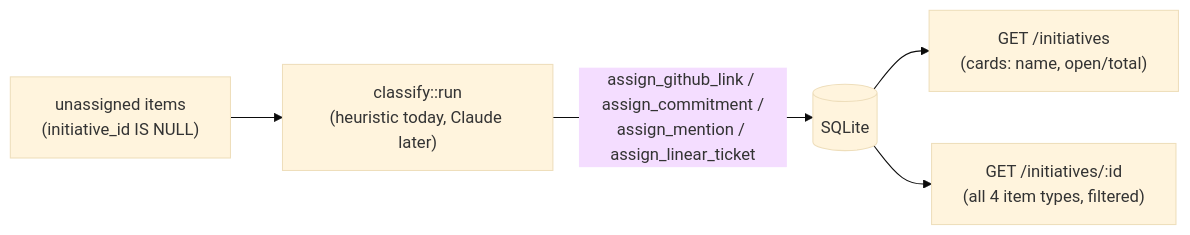
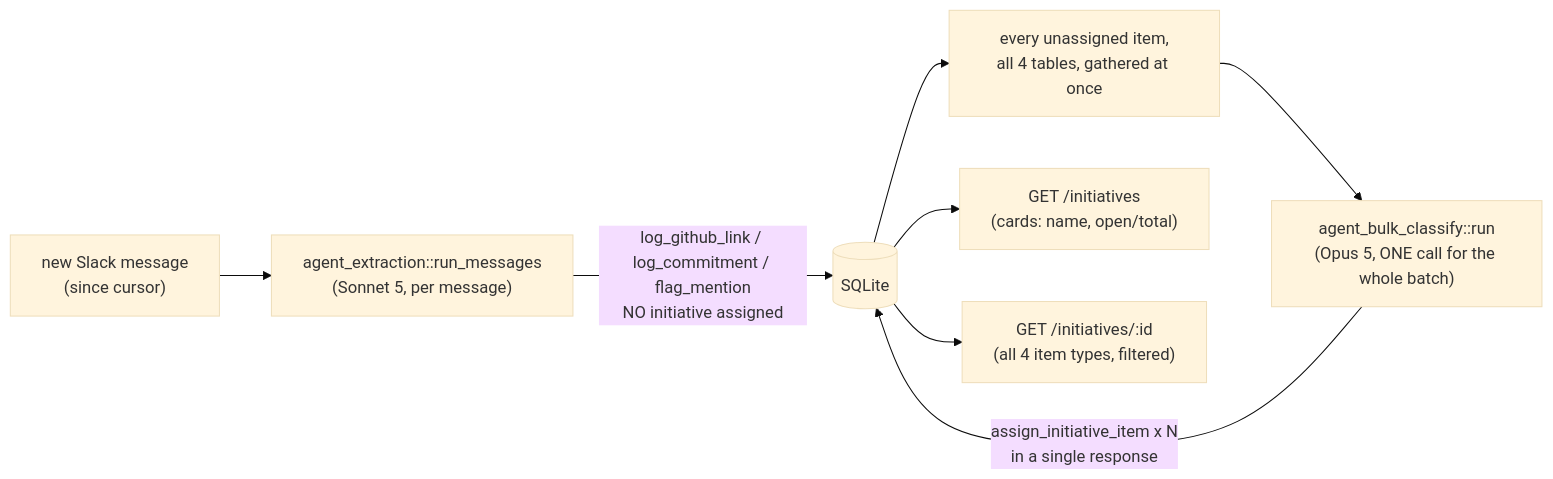
The fourth of 7 diagrams in ARCHITECTURE.md (JonathanLorimer/cos), drawn with Mermaid (base theme) before and after one commit. The commit also changed other lines of this file and 27 other files, not shown here.

````diff
--- a/ARCHITECTURE.md
+++ b/ARCHITECTURE.md
@@ -132,7 +135,10 @@
 ```mermaid
 flowchart LR
-    Items["unassigned items\n(initiative_id IS NULL)"] --> Classify["classify::run\n(heuristic today, Claude later)"]
-    Classify -->|assign_github_link / assign_commitment /\nassign_mention / assign_linear_ticket| DB[(SQLite)]
+    Msg["new Slack message\n(since cursor)"] --> AE["agent_extraction::run_messages\n(Sonnet 5, per message)"]
+    AE -->|log_github_link / log_commitment / flag_mention\nNO initiative assigned| DB[(SQLite)]
+    DB --> Unassigned["every unassigned item,\nall 4 tables, gathered at once"]
+    Unassigned --> ABC["agent_bulk_classify::run\n(Opus 5, ONE call for the whole batch)"]
+    ABC -->|assign_initiative_item x N\nin a single response| DB
     DB --> List["GET /initiatives\n(cards: name, open/total)"]
     DB --> Detail["GET /initiatives/:id\n(all 4 item types, filtered)"]
 ```
````
